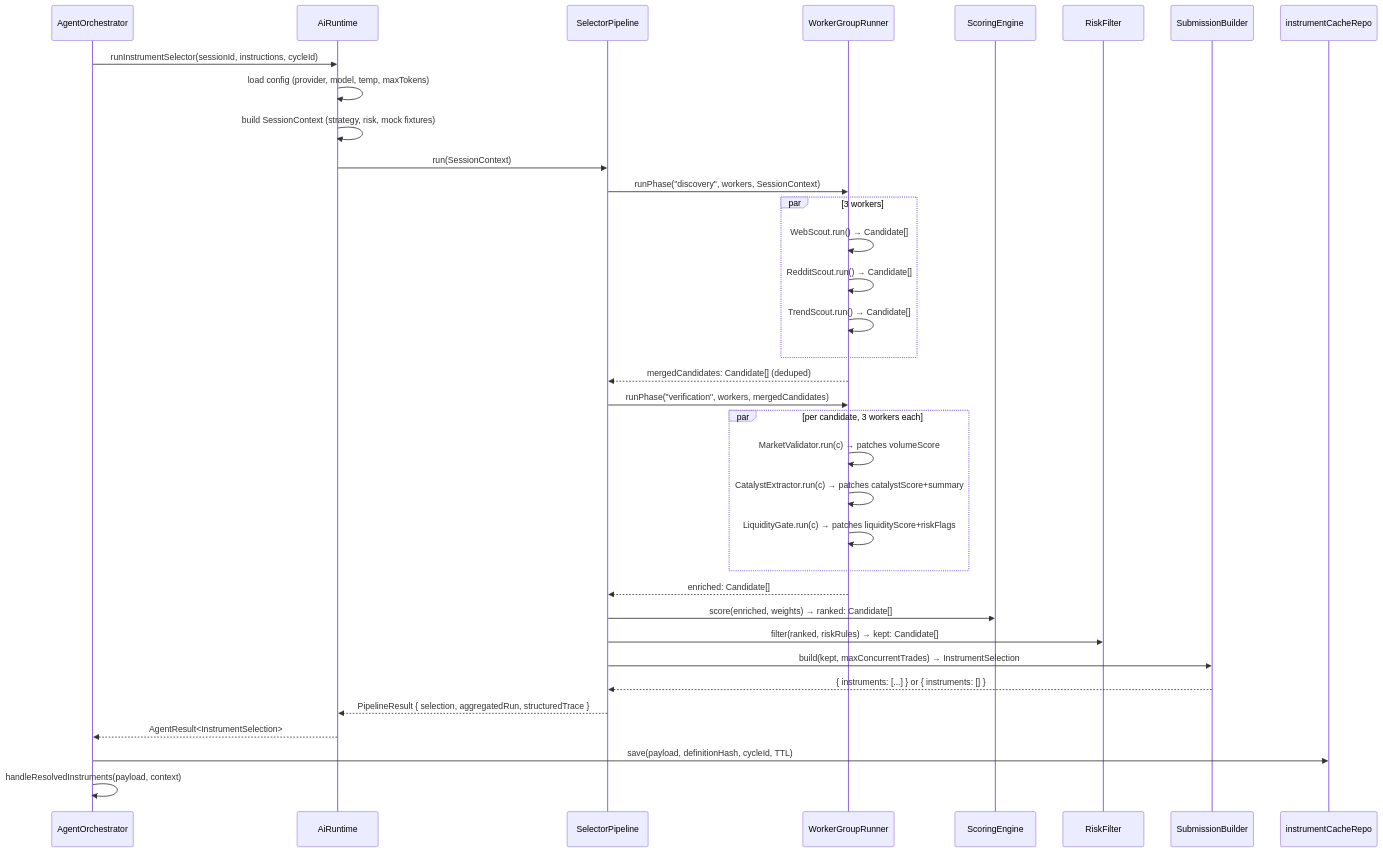
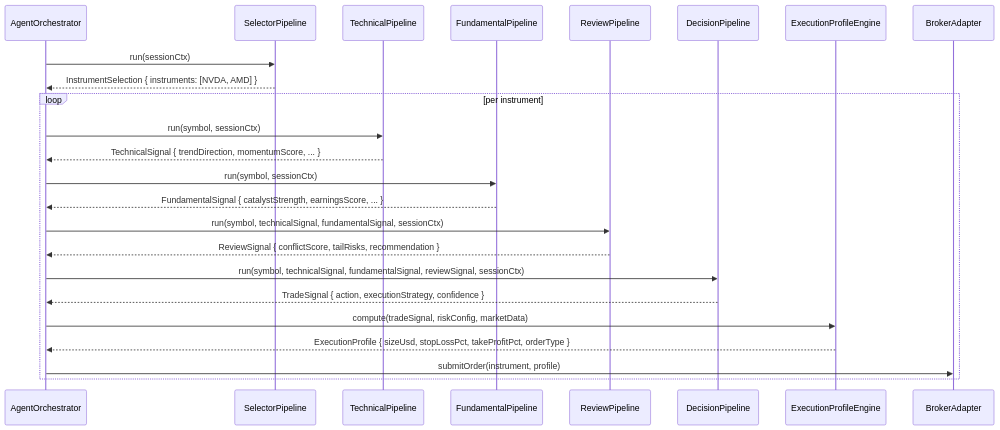
Before and after one commit to KennethAtchon/Exva: the second of 2 diagrams in docs/design/cognitive-pipeline-rearchitecture-spec.md, drawn with Mermaid. The commit also changed other lines of this file and 73 other files, not shown here.

First line of the commit message:
Refactor AI role management and database schema for phase-based architecture

````diff
--- a/docs/design/cognitive-pipeline-rearchitecture-spec.md
+++ b/docs/design/cognitive-pipeline-rearchitecture-spec.md
@@ -205,38 +280,27 @@
 ```mermaid
 sequenceDiagram
     participant ORC as AgentOrchestrator
-    participant RT as AiRuntime
-    participant SP as SelectorPipeline
-    participant WGR as WorkerGroupRunner
-    participant SCO as ScoringEngine
-    participant RF as RiskFilter
-    participant SB as SubmissionBuilder
-    participant CACHE as instrumentCacheRepo
+    participant SEL as SelectorPipeline
+    participant TP as TechnicalPipeline
+    participant FP as FundamentalPipeline
+    participant RP as ReviewPipeline
+    participant DP as DecisionPipeline
+    participant EPE as ExecutionProfileEngine
+    participant BROKER as BrokerAdapter
 
-    ORC->>RT: runInstrumentSelector(sessionId, instructions, cycleId)
-    RT->>RT: load config (provider, model, temp, maxTokens)
-    RT->>RT: build SessionContext (strategy, risk, mock fixtures)
-    RT->>SP: run(SessionContext)
-    SP->>WGR: runPhase("discovery", workers, SessionContext)
-    par 3 workers
-        WGR->>WGR: WebScout.run() → Candidate[]
-        WGR->>WGR: RedditScout.run() → Candidate[]
-        WGR->>WGR: TrendScout.run() → Candidate[]
+    ORC->>SEL: run(sessionCtx)
+    SEL-->>ORC: InstrumentSelection { instruments: [NVDA, AMD] }
+    loop per instrument
+        ORC->>TP: run(symbol, sessionCtx)
+        TP-->>ORC: TechnicalSignal { trendDirection, momentumScore, ... }
+        ORC->>FP: run(symbol, sessionCtx)
+        FP-->>ORC: FundamentalSignal { catalystStrength, earningsScore, ... }
+        ORC->>RP: run(symbol, technicalSignal, fundamentalSignal, sessionCtx)
+        RP-->>ORC: ReviewSignal { conflictScore, tailRisks, recommendation }
+        ORC->>DP: run(symbol, technicalSignal, fundamentalSignal, reviewSignal, sessionCtx)
+        DP-->>ORC: TradeSignal { action, executionStrategy, confidence }
+        ORC->>EPE: compute(tradeSignal, riskConfig, marketData)
+        EPE-->>ORC: ExecutionProfile { sizeUsd, stopLossPct, takeProfitPct, orderType }
+        ORC->>BROKER: submitOrder(instrument, profile)
     end
-    WGR-->>SP: mergedCandidates: Candidate[] (deduped)
-    SP->>WGR: runPhase("verification", workers, mergedCandidates)
-    par per candidate, 3 workers each
-        WGR->>WGR: MarketValidator.run(c) → patches volumeScore
-        WGR->>WGR: CatalystExtractor.run(c) → patches catalystScore+summary
-        WGR->>WGR: LiquidityGate.run(c) → patches liquidityScore+riskFlags
-    end
-    WGR-->>SP: enriched: Candidate[]
-    SP->>SCO: score(enriched, weights) → ranked: Candidate[]
-    SP->>RF: filter(ranked, riskRules) → kept: Candidate[]
-    SP->>SB: build(kept, maxConcurrentTrades) → InstrumentSelection
-    SB-->>SP: { instruments: [...] } or { instruments: [] }
-    SP-->>RT: PipelineResult { selection, aggregatedRun, structuredTrace }
-    RT-->>ORC: AgentResult<InstrumentSelection>
-    ORC->>CACHE: save(payload, definitionHash, cycleId, TTL)
-    ORC->>ORC: handleResolvedInstruments(payload, context)
 ```
````
